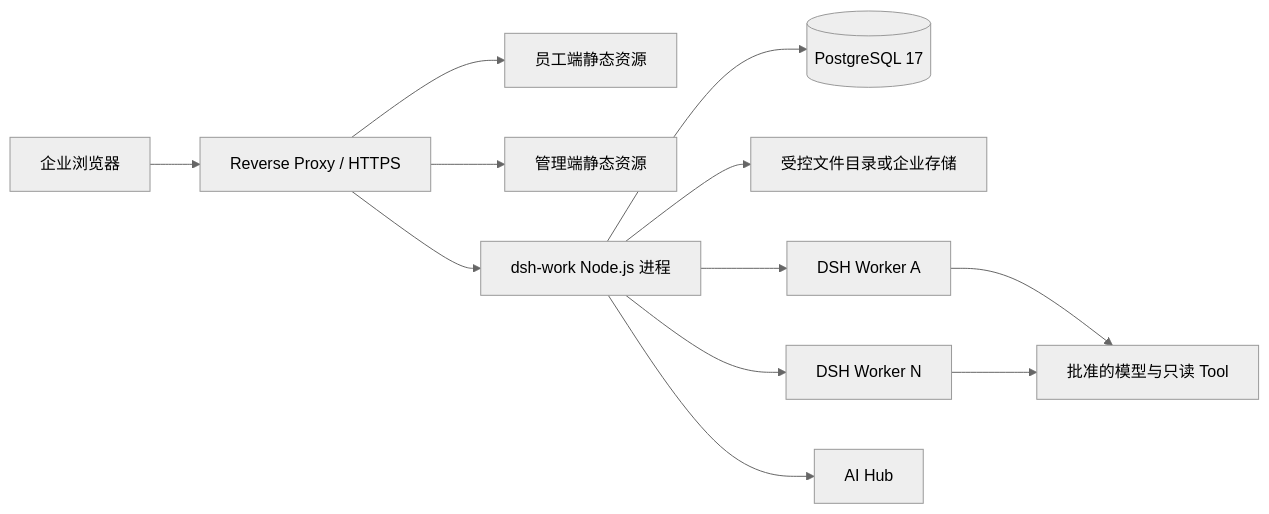
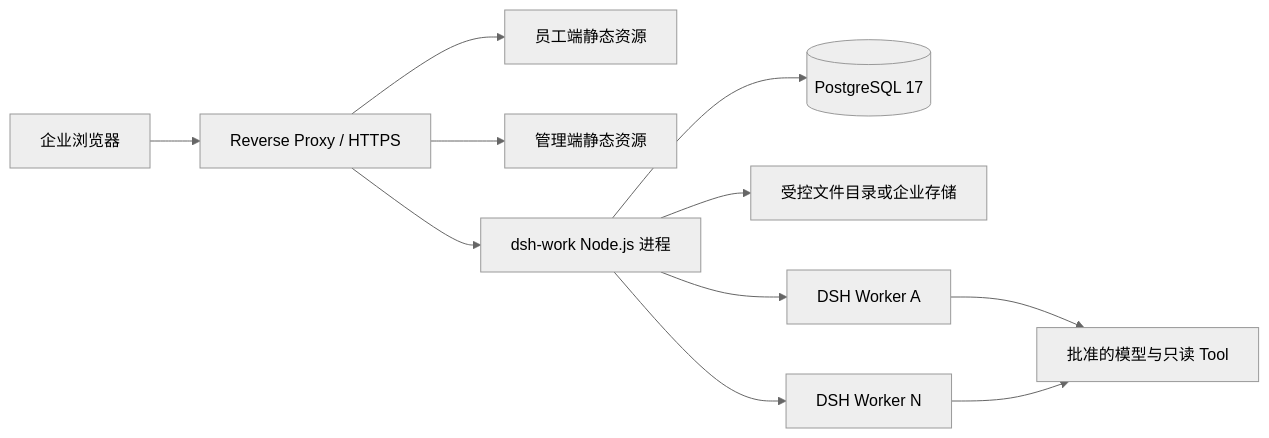
Before and after one commit to tonycc/dsh-work: the second of 2 diagrams in docs/development/overview.md, drawn with Mermaid (neutral theme). The commit also changed other lines of this file and 39 other files, not shown here.

````diff
--- a/docs/development/overview.md
+++ b/docs/development/overview.md
@@ -194,14 +193,13 @@
 ```mermaid
 flowchart LR
   Browser[企业浏览器] --> Proxy[Reverse Proxy / HTTPS]
   Proxy --> StaticA[员工端静态资源]
   Proxy --> StaticB[管理端静态资源]
   Proxy --> Node[dsh-work Node.js 进程]
   Node --> PG[(PostgreSQL 17)]
   Node --> Files[受控文件目录或企业存储]
   Node --> Worker1[DSH Worker A]
   Node --> WorkerN[DSH Worker N]
-  Node --> AIHub[AI Hub]
   Worker1 --> Approved[批准的模型与只读 Tool]
   WorkerN --> Approved
 ```
````
